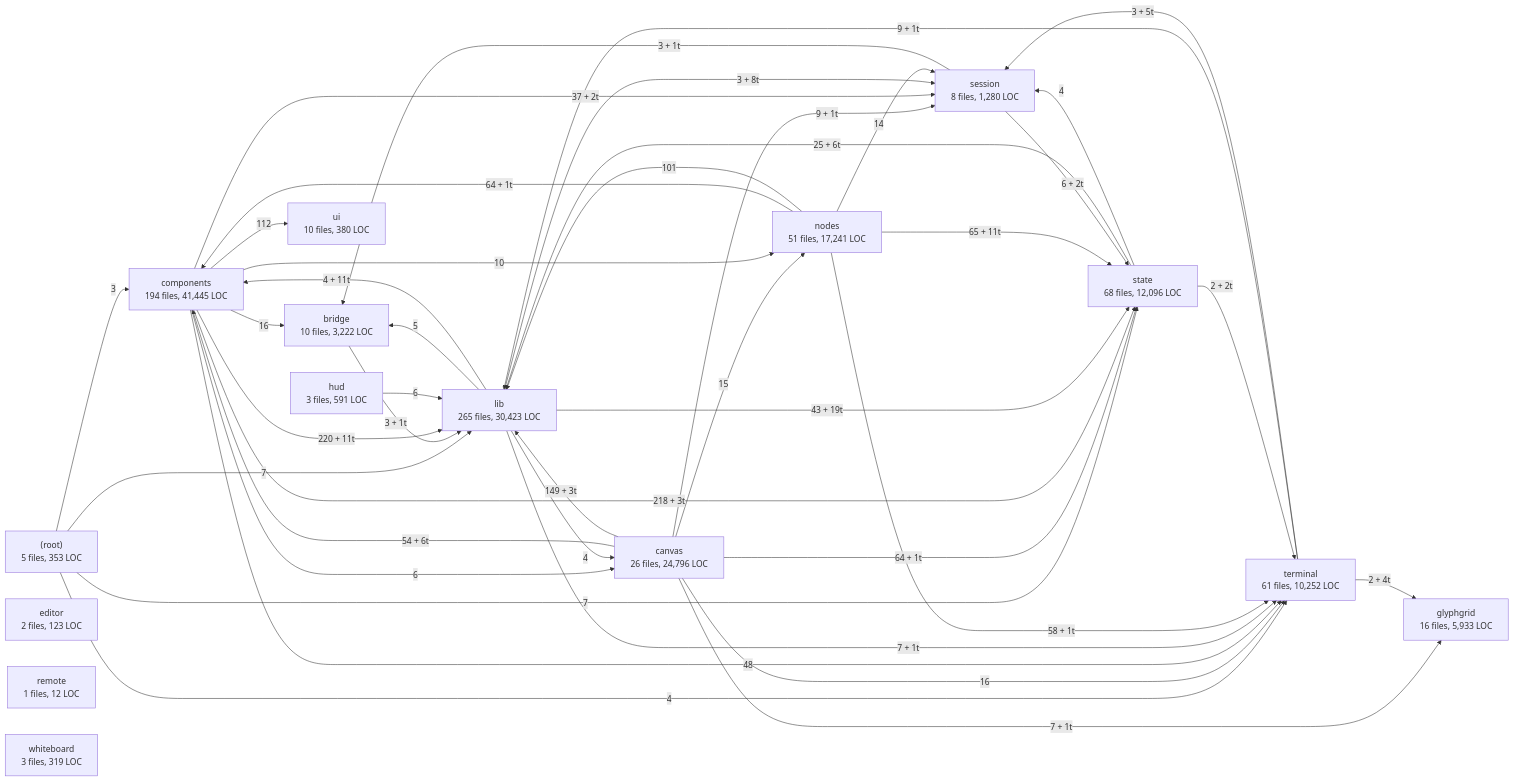
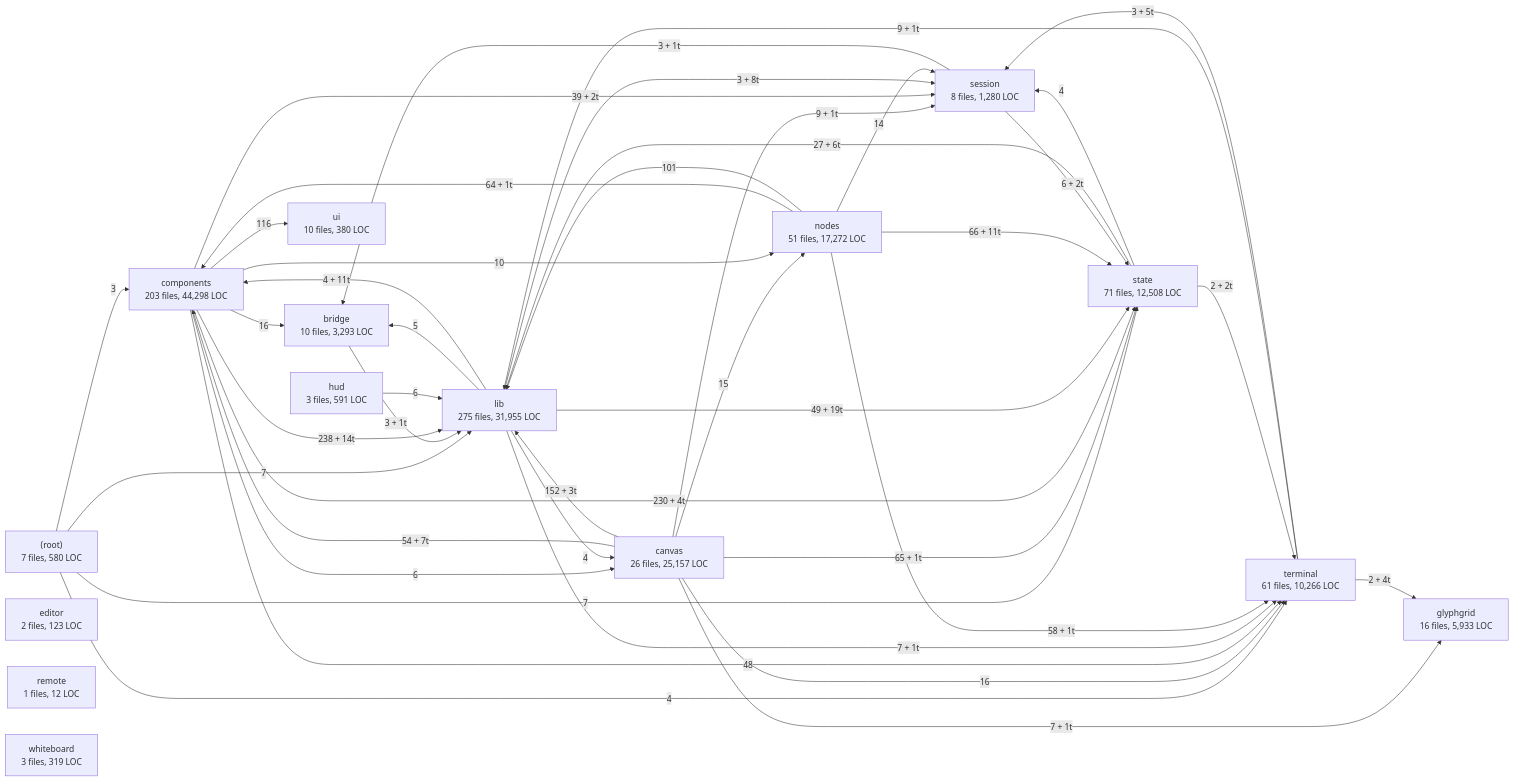
The fifth of 8 diagrams in docs/architecture/GRAPH.md (pollog09/DisTerm), drawn with Mermaid before and after one commit. The commit also changed other lines of this file and 63 other files, not shown here.

First line of the commit message:
feat(graph): switch the graph view between the agent graph and a repo's system map

````diff
--- a/docs/architecture/GRAPH.md
+++ b/docs/architecture/GRAPH.md
@@ -146,58 +158,58 @@
 ```mermaid
 flowchart LR
-  n_renderer__root_["(root)<br/>5 files, 353 LOC"]
-  n_renderer_bridge["bridge<br/>10 files, 3,222 LOC"]
-  n_renderer_canvas["canvas<br/>26 files, 24,796 LOC"]
-  n_renderer_components["components<br/>194 files, 41,445 LOC"]
+  n_renderer__root_["(root)<br/>7 files, 580 LOC"]
+  n_renderer_bridge["bridge<br/>10 files, 3,293 LOC"]
+  n_renderer_canvas["canvas<br/>26 files, 25,157 LOC"]
+  n_renderer_components["components<br/>203 files, 44,298 LOC"]
   n_renderer_editor["editor<br/>2 files, 123 LOC"]
   n_renderer_glyphgrid["glyphgrid<br/>16 files, 5,933 LOC"]
   n_renderer_hud["hud<br/>3 files, 591 LOC"]
-  n_renderer_lib["lib<br/>265 files, 30,423 LOC"]
-  n_renderer_nodes["nodes<br/>51 files, 17,241 LOC"]
+  n_renderer_lib["lib<br/>275 files, 31,955 LOC"]
+  n_renderer_nodes["nodes<br/>51 files, 17,272 LOC"]
   n_renderer_remote["remote<br/>1 files, 12 LOC"]
   n_renderer_session["session<br/>8 files, 1,280 LOC"]
-  n_renderer_state["state<br/>68 files, 12,096 LOC"]
-  n_renderer_terminal["terminal<br/>61 files, 10,252 LOC"]
+  n_renderer_state["state<br/>71 files, 12,508 LOC"]
+  n_renderer_terminal["terminal<br/>61 files, 10,266 LOC"]
   n_renderer_ui["ui<br/>10 files, 380 LOC"]
   n_renderer_whiteboard["whiteboard<br/>3 files, 319 LOC"]
   n_renderer__root_ -->|"3"| n_renderer_components
   n_renderer__root_ -->|"7"| n_renderer_lib
   n_renderer__root_ -->|"7"| n_renderer_state
   n_renderer__root_ -->|"4"| n_renderer_terminal
   n_renderer_bridge -->|"3 + 1t"| n_renderer_lib
-  n_renderer_canvas -->|"54 + 6t"| n_renderer_components
+  n_renderer_canvas -->|"54 + 7t"| n_renderer_components
   n_renderer_canvas -->|"7 + 1t"| n_renderer_glyphgrid
-  n_renderer_canvas -->|"149 + 3t"| n_renderer_lib
+  n_renderer_canvas -->|"152 + 3t"| n_renderer_lib
   n_renderer_canvas -->|"15"| n_renderer_nodes
   n_renderer_canvas -->|"9 + 1t"| n_renderer_session
-  n_renderer_canvas -->|"64 + 1t"| n_renderer_state
+  n_renderer_canvas -->|"65 + 1t"| n_renderer_state
   n_renderer_canvas -->|"16"| n_renderer_terminal
   n_renderer_components -->|"16"| n_renderer_bridge
   n_renderer_components -->|"6"| n_renderer_canvas
-  n_renderer_components -->|"220 + 11t"| n_renderer_lib
+  n_renderer_components -->|"238 + 14t"| n_renderer_lib
   n_renderer_components -->|"10"| n_renderer_nodes
-  n_renderer_components -->|"37 + 2t"| n_renderer_session
-  n_renderer_components -->|"218 + 3t"| n_renderer_state
+  n_renderer_components -->|"39 + 2t"| n_renderer_session
+  n_renderer_components -->|"230 + 4t"| n_renderer_state
   n_renderer_components -->|"48"| n_renderer_terminal
-  n_renderer_components -->|"112"| n_renderer_ui
+  n_renderer_components -->|"116"| n_renderer_ui
   n_renderer_hud -->|"6"| n_renderer_lib
   n_renderer_lib -->|"5"| n_renderer_bridge
   n_renderer_lib -->|"4"| n_renderer_canvas
   n_renderer_lib -->|"4 + 11t"| n_renderer_components
   n_renderer_lib -->|"3 + 8t"| n_renderer_session
-  n_renderer_lib -->|"43 + 19t"| n_renderer_state
+  n_renderer_lib -->|"49 + 19t"| n_renderer_state
   n_renderer_lib -->|"7 + 1t"| n_renderer_terminal
   n_renderer_nodes -->|"64 + 1t"| n_renderer_components
   n_renderer_nodes -->|"101"| n_renderer_lib
   n_renderer_nodes -->|"14"| n_renderer_session
-  n_renderer_nodes -->|"65 + 11t"| n_renderer_state
+  n_renderer_nodes -->|"66 + 11t"| n_renderer_state
   n_renderer_nodes -->|"58 + 1t"| n_renderer_terminal
   n_renderer_session -->|"3 + 1t"| n_renderer_bridge
   n_renderer_session -->|"6 + 2t"| n_renderer_state
-  n_renderer_state -->|"25 + 6t"| n_renderer_lib
+  n_renderer_state -->|"27 + 6t"| n_renderer_lib
   n_renderer_state -->|"4"| n_renderer_session
   n_renderer_state -->|"2 + 2t"| n_renderer_terminal
   n_renderer_terminal -->|"2 + 4t"| n_renderer_glyphgrid
   n_renderer_terminal -->|"9 + 1t"| n_renderer_lib
   n_renderer_terminal -->|"3 + 5t"| n_renderer_session
 ```
````
